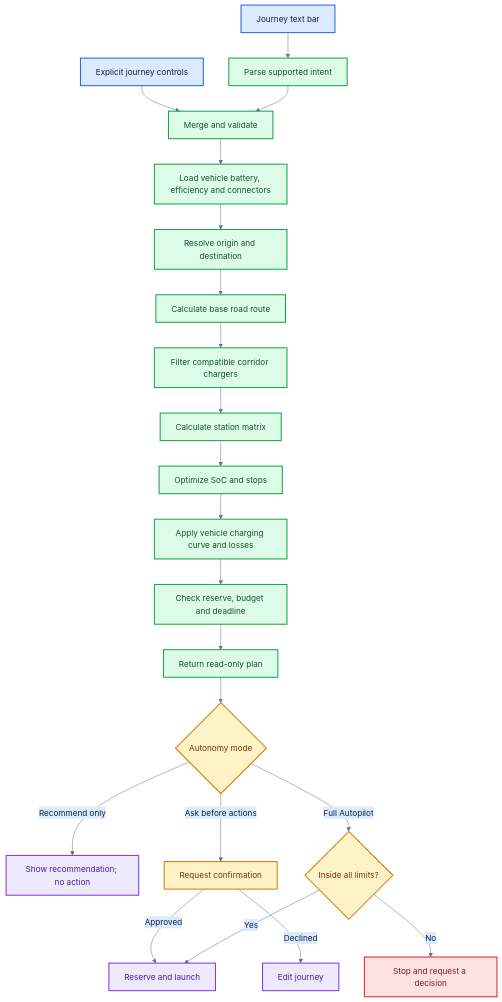
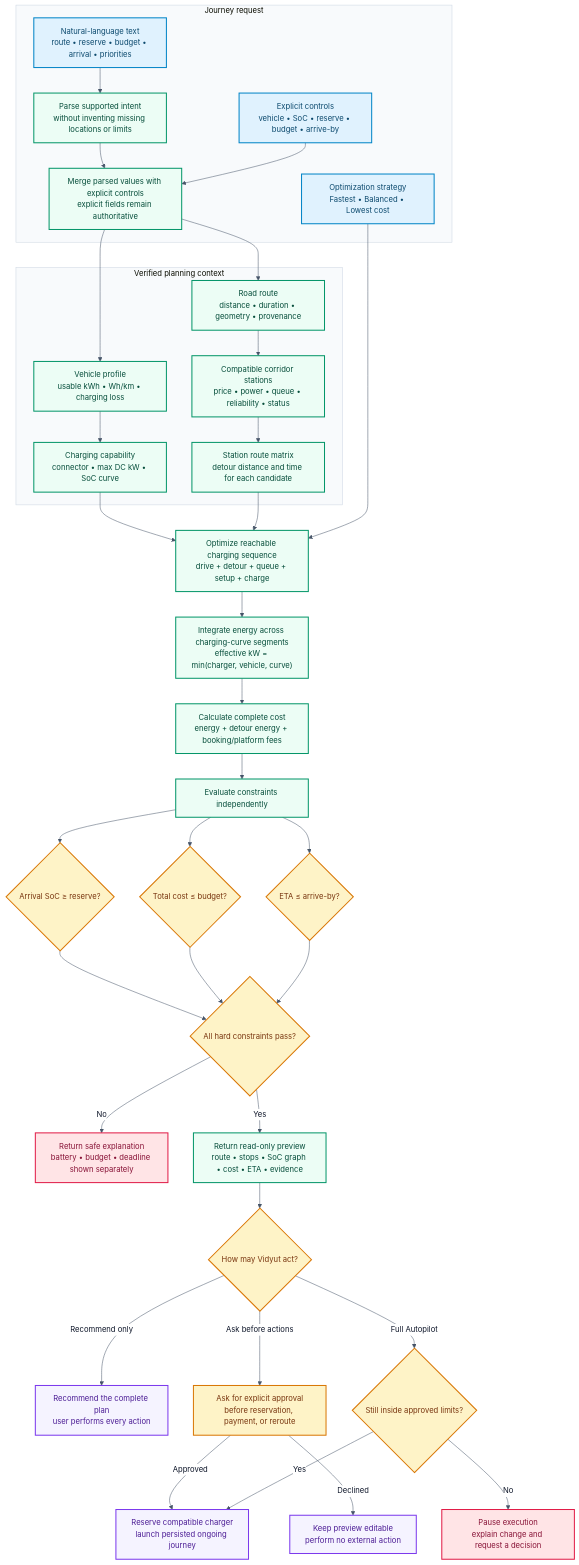
Before and after one commit to cs1m2414238/vidyutEV-1.0: the second of 10 diagrams in README.md, drawn with Mermaid. The commit also changed other lines of this file, not shown here.

````diff
--- a/README.md
+++ b/README.md
@@ -84,36 +121,62 @@
 ```mermaid
-%%{init: {"theme":"base","themeVariables":{"primaryColor":"#dcfce7","primaryTextColor":"#10233d","primaryBorderColor":"#16a34a","lineColor":"#64748b","secondaryColor":"#dbeafe","tertiaryColor":"#fef3c7"}}}%%
+%%{init: {"theme":"base","themeVariables":{"background":"#ffffff","fontFamily":"Inter, ui-sans-serif, system-ui, sans-serif","fontSize":"15px","primaryColor":"#ecfdf5","primaryTextColor":"#0f172a","primaryBorderColor":"#059669","lineColor":"#475569","secondaryColor":"#e0f2fe","tertiaryColor":"#f5f3ff","clusterBkg":"#f8fafc","clusterBorder":"#cbd5e1","edgeLabelBackground":"#ffffff"}}}%%
 flowchart TD
-    TEXT[Journey text bar] --> PARSE[Parse supported intent]
-    FORM[Explicit journey controls] --> MERGE[Merge and validate]
-    PARSE --> MERGE
-    MERGE --> VEHICLE[Load vehicle battery, efficiency and connectors]
-    VEHICLE --> GEOCODE[Resolve origin and destination]
-    GEOCODE --> ROAD[Calculate base road route]
-    ROAD --> CORRIDOR[Filter compatible corridor chargers]
-    CORRIDOR --> MATRIX[Calculate station matrix]
-    MATRIX --> OPTIMIZE[Optimize SoC and stops]
-    OPTIMIZE --> CHARGE[Apply vehicle charging curve and losses]
-    CHARGE --> CHECKS[Check reserve, budget and deadline]
-    CHECKS --> PREVIEW[Return read-only plan]
+    subgraph REQUEST["Journey request"]
+        TEXT["Natural-language text<br/>route • reserve • budget • arrival • priorities"]
+        PARSE["Parse supported intent<br/>without inventing missing locations or limits"]
+        FORM["Explicit controls<br/>vehicle • SoC • reserve • budget • arrive-by"]
+        STRATEGY["Optimization strategy<br/>Fastest • Balanced • Lowest cost"]
+        TEXT --> PARSE
+        PARSE --> MERGE["Merge parsed values with explicit controls<br/>explicit fields remain authoritative"]
+        FORM --> MERGE
+    end
 
-    PREVIEW --> MODE{Autonomy mode}
-    MODE -->|Recommend only| RECOMMEND[Show recommendation; no action]
-    MODE -->|Ask before actions| ASK[Request confirmation]
-    MODE -->|Full Autopilot| LIMITS{Inside all limits?}
-    ASK -->|Approved| EXECUTE[Reserve and launch]
-    ASK -->|Declined| EDIT[Edit journey]
+    subgraph CONTEXT["Verified planning context"]
+        VEHICLE["Vehicle profile<br/>usable kWh • Wh/km • charging loss"]
+        CURVE["Charging capability<br/>connector • max DC kW • SoC curve"]
+        ROAD["Road route<br/>distance • duration • geometry • provenance"]
+        STATIONS["Compatible corridor stations<br/>price • power • queue • reliability • status"]
+        MATRIX["Station route matrix<br/>detour distance and time for each candidate"]
+    end
+
+    MERGE --> VEHICLE
+    VEHICLE --> CURVE
+    MERGE --> ROAD
+    ROAD --> STATIONS
+    STATIONS --> MATRIX
+    CURVE --> OPTIMIZE["Optimize reachable charging sequence<br/>drive + detour + queue + setup + charge"]
+    MATRIX --> OPTIMIZE
+    STRATEGY --> OPTIMIZE
+
+    OPTIMIZE --> CHARGE["Integrate energy across charging-curve segments<br/>effective kW = min(charger, vehicle, curve)"]
+    CHARGE --> COST["Calculate complete cost<br/>energy + detour energy + booking/platform fees"]
+    COST --> CHECKS["Evaluate constraints independently"]
+    CHECKS --> RESERVE{"Arrival SoC ≥ reserve?"}
+    CHECKS --> BUDGET{"Total cost ≤ budget?"}
+    CHECKS --> DEADLINE{"ETA ≤ arrive-by?"}
+    RESERVE --> OVERALL{"All hard constraints pass?"}
+    BUDGET --> OVERALL
+    DEADLINE --> OVERALL
+
+    OVERALL -->|No| INFEASIBLE["Return safe explanation<br/>battery • budget • deadline shown separately"]
+    OVERALL -->|Yes| PREVIEW["Return read-only preview<br/>route • stops • SoC graph • cost • ETA • evidence"]
+    PREVIEW --> MODE{"How may Vidyut act?"}
+    MODE -->|Recommend only| RECOMMEND["Recommend the complete plan<br/>user performs every action"]
+    MODE -->|Ask before actions| ASK["Ask for explicit approval<br/>before reservation, payment, or reroute"]
+    MODE -->|Full Autopilot| LIMITS{"Still inside approved limits?"}
+    ASK -->|Approved| EXECUTE["Reserve compatible charger<br/>launch persisted ongoing journey"]
+    ASK -->|Declined| EDIT["Keep preview editable<br/>perform no external action"]
     LIMITS -->|Yes| EXECUTE
-    LIMITS -->|No| HOLD[Stop and request a decision]
+    LIMITS -->|No| HOLD["Pause execution<br/>explain change and request a decision"]
 
-    classDef input fill:#dbeafe,stroke:#2563eb,color:#10233d,stroke-width:2px
-    classDef process fill:#dcfce7,stroke:#16a34a,color:#14532d,stroke-width:2px
+    classDef input fill:#e0f2fe,stroke:#0284c7,color:#0c4a6e,stroke-width:2px
+    classDef process fill:#ecfdf5,stroke:#059669,color:#064e3b,stroke-width:2px
     classDef decision fill:#fef3c7,stroke:#d97706,color:#78350f,stroke-width:2px
-    classDef action fill:#ede9fe,stroke:#7c3aed,color:#4c1d95,stroke-width:2px
-    classDef blocked fill:#fee2e2,stroke:#dc2626,color:#7f1d1d,stroke-width:2px
-    class TEXT,FORM input
-    class PARSE,MERGE,VEHICLE,GEOCODE,ROAD,CORRIDOR,MATRIX,OPTIMIZE,CHARGE,CHECKS,PREVIEW process
-    class MODE,LIMITS,ASK decision
+    classDef action fill:#f5f3ff,stroke:#7c3aed,color:#4c1d95,stroke-width:2px
+    classDef blocked fill:#ffe4e6,stroke:#e11d48,color:#881337,stroke-width:2px
+    class TEXT,FORM,STRATEGY input
+    class PARSE,MERGE,VEHICLE,CURVE,ROAD,STATIONS,MATRIX,OPTIMIZE,CHARGE,COST,CHECKS,PREVIEW process
+    class RESERVE,BUDGET,DEADLINE,OVERALL,MODE,ASK,LIMITS decision
     class RECOMMEND,EXECUTE,EDIT action
-    class HOLD blocked
+    class INFEASIBLE,HOLD blocked
 ```
````
